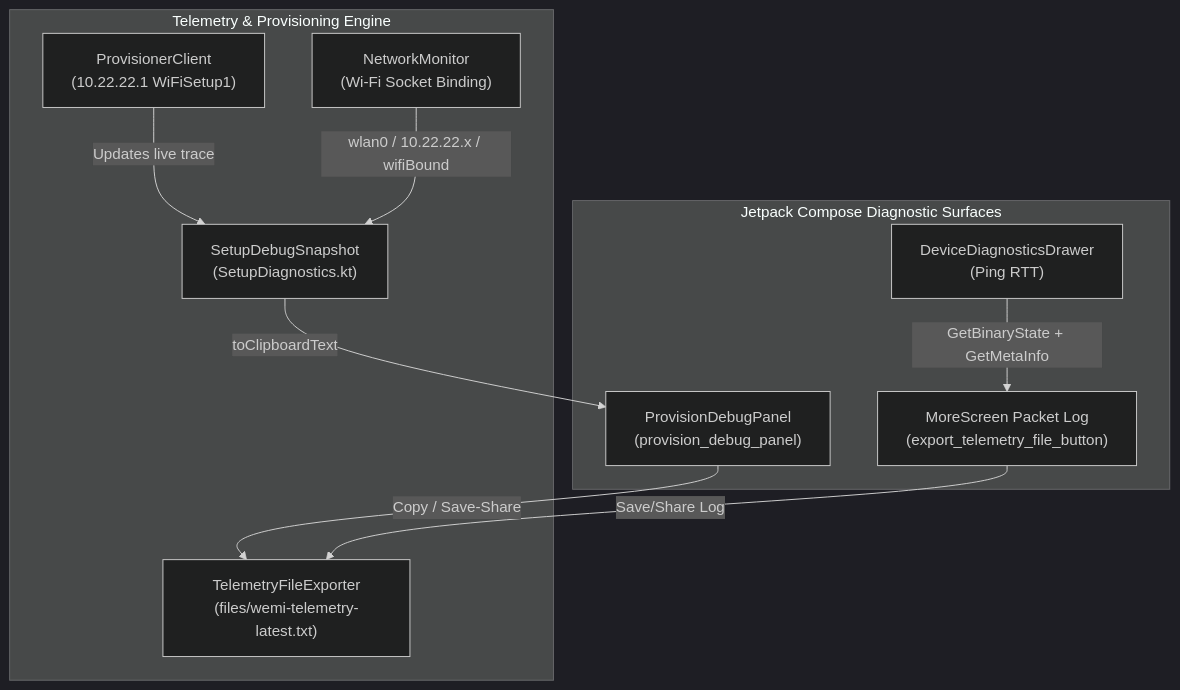
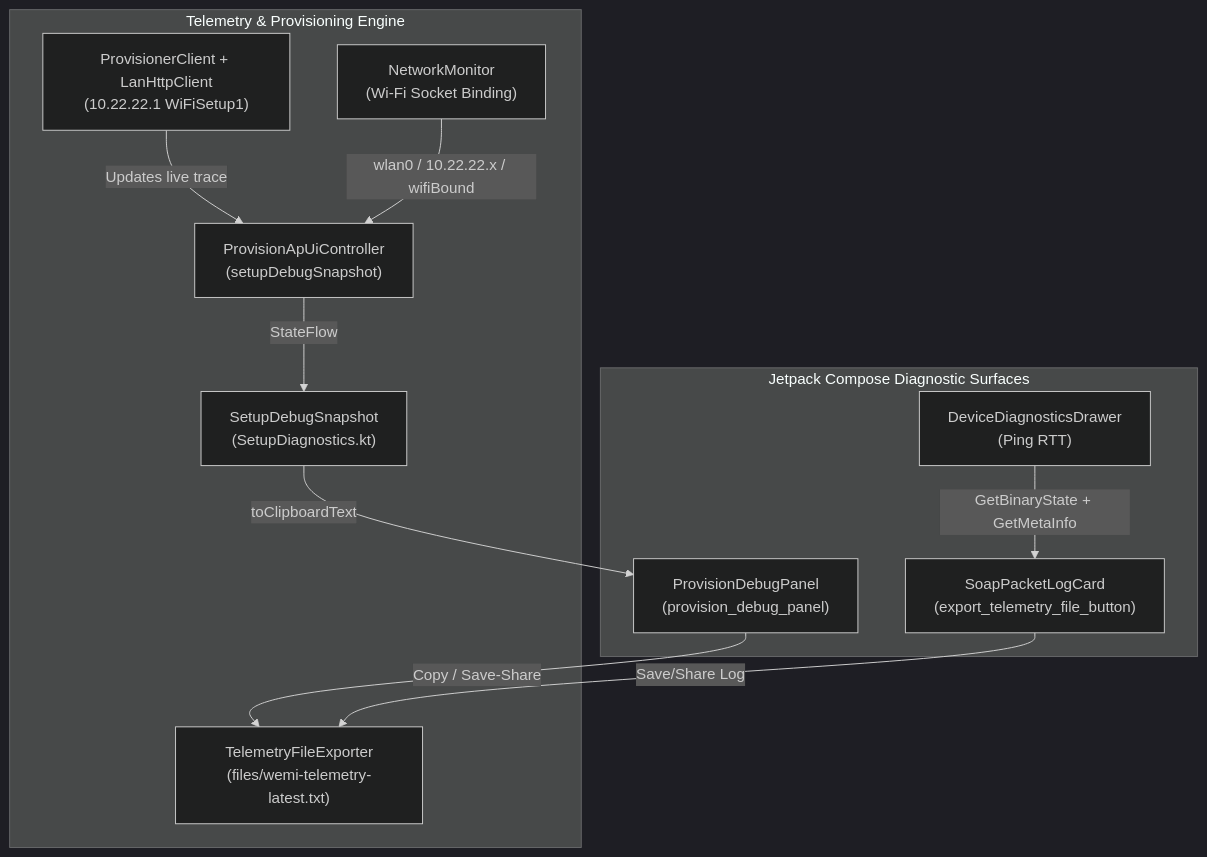
The diagram in DEBUGGING_AND_SUPPORT.md (MichaelRHead/WeMi-light-control), drawn with Mermaid (dark theme) before and after one commit. The commit also changed other lines of this file and 1 other file, not shown here.

First line of the commit message:
docs(telemetry): refresh debugging spec & skill for modularized v23.0 layout [Telemetry & Debugging Agent]

````diff
--- a/DEBUGGING_AND_SUPPORT.md
+++ b/DEBUGGING_AND_SUPPORT.md
@@ -39,22 +39,24 @@
 ```mermaid
 flowchart TD
     subgraph UI["Jetpack Compose Diagnostic Surfaces"]
         P["ProvisionDebugPanel\n(provision_debug_panel)"]
-        M["MoreScreen Packet Log\n(export_telemetry_file_button)"]
+        M["SoapPacketLogCard\n(export_telemetry_file_button)"]
         D["DeviceDiagnosticsDrawer\n(Ping RTT)"]
     end
 
     subgraph Core["Telemetry & Provisioning Engine"]
+        U["ProvisionApUiController\n(setupDebugSnapshot)"]
         S["SetupDebugSnapshot\n(SetupDiagnostics.kt)"]
         E["TelemetryFileExporter\n(files/wemi-telemetry-latest.txt)"]
-        C["ProvisionerClient\n(10.22.22.1 WiFiSetup1)"]
+        C["ProvisionerClient + LanHttpClient\n(10.22.22.1 WiFiSetup1)"]
         N["NetworkMonitor\n(Wi-Fi Socket Binding)"]
     end
 
-    C -->|Updates live trace| S
-    N -->|wlan0 / 10.22.22.x / wifiBound| S
+    C -->|Updates live trace| U
+    N -->|wlan0 / 10.22.22.x / wifiBound| U
+    U -->|StateFlow| S
     S -->|toClipboardText| P
     P -->|Copy / Save-Share| E
     M -->|Save/Share Log| E
     D -->|GetBinaryState + GetMetaInfo| M
 ```
````
